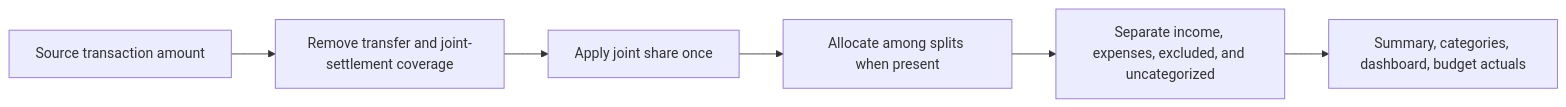
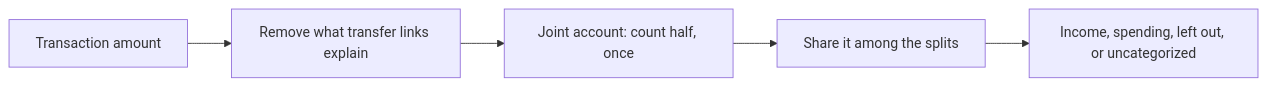
One commit to spinningyoyo/omsync changed the second of 2 diagrams in docs/architecture/reports.md. Above: the diagram before and after it, drawn with Mermaid. The commit also changed other lines of this file and 140 other files, not shown here.

````diff
--- a/docs/architecture/reports.md
+++ b/docs/architecture/reports.md
@@ -29,8 +25,7 @@
 ```mermaid
 flowchart LR
-    Amount[Source transaction amount] --> Remainder[Remove transfer and joint-settlement coverage]
-    Remainder --> Share[Apply joint share once]
-    Share --> Parts[Allocate among splits when present]
-    Parts --> Classify[Separate income, expenses, excluded, and uncategorized]
-    Classify --> Views[Summary, categories, dashboard, budget actuals]
+    Amount[Transaction amount] --> Remove[Remove what transfer links explain]
+    Remove --> Share[Joint account: count half, once]
+    Share --> Splits[Share it among the splits]
+    Splits --> Class[Income, spending, left out, or uncategorized]
 ```
````
